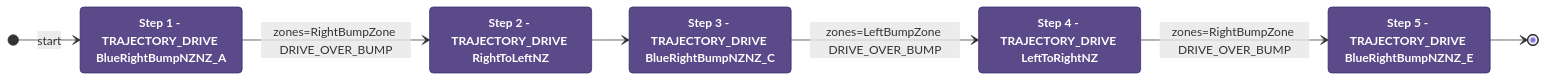
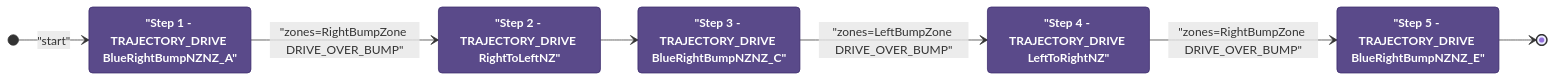
Before and after one commit to Team302/2026Rebuilt: the diagram in documents/auton/BlueTOutLaunch2NDepNOutScoreClimb.md, drawn with Mermaid. The commit also changed 242 other files, not shown here.

Commit message:
Regenerated diagrams with fixed red

````diff
--- a/documents/auton/BlueTOutLaunch2NDepNOutScoreClimb.md
+++ b/documents/auton/BlueTOutLaunch2NDepNOutScoreClimb.md
@@ -8,27 +8,27 @@
 ```mermaid
 stateDiagram-v2
     direction LR
 
     %% Green = intake active, Purple = intake off
     classDef intake  fill:#1a7a3a,color:#ffffff,stroke:#0d4a1f,font-weight:bold
     classDef noIntake fill:#5a4a8a,color:#ffffff,stroke:#3a2a6a,font-weight:bold
 
-    Step1 : Step 1 - TRAJECTORY_DRIVE BlueRightBumpNZNZ_A
-    Step2 : Step 2 - TRAJECTORY_DRIVE RightToLeftNZ
-    Step3 : Step 3 - TRAJECTORY_DRIVE BlueRightBumpNZNZ_C
-    Step4 : Step 4 - TRAJECTORY_DRIVE LeftToRightNZ
-    Step5 : Step 5 - TRAJECTORY_DRIVE BlueRightBumpNZNZ_E
+    Step1 : "Step 1 - TRAJECTORY_DRIVE BlueRightBumpNZNZ_A"
+    Step2 : "Step 2 - TRAJECTORY_DRIVE RightToLeftNZ"
+    Step3 : "Step 3 - TRAJECTORY_DRIVE BlueRightBumpNZNZ_C"
+    Step4 : "Step 4 - TRAJECTORY_DRIVE LeftToRightNZ"
+    Step5 : "Step 5 - TRAJECTORY_DRIVE BlueRightBumpNZNZ_E"
 
     class Step1 noIntake
     class Step2 noIntake
     class Step3 noIntake
     class Step4 noIntake
     class Step5 noIntake
 
-    [*] --> Step1 : start
-    Step1 --> Step2: zones=RightBumpZone DRIVE_OVER_BUMP
+    [*] --> Step1 : "start"
+    Step1 --> Step2: "zones=RightBumpZone DRIVE_OVER_BUMP"
     Step2 --> Step3
-    Step3 --> Step4: zones=LeftBumpZone DRIVE_OVER_BUMP
-    Step4 --> Step5: zones=RightBumpZone DRIVE_OVER_BUMP
+    Step3 --> Step4: "zones=LeftBumpZone DRIVE_OVER_BUMP"
+    Step4 --> Step5: "zones=RightBumpZone DRIVE_OVER_BUMP"
     Step5 --> [*]
 ```
````
